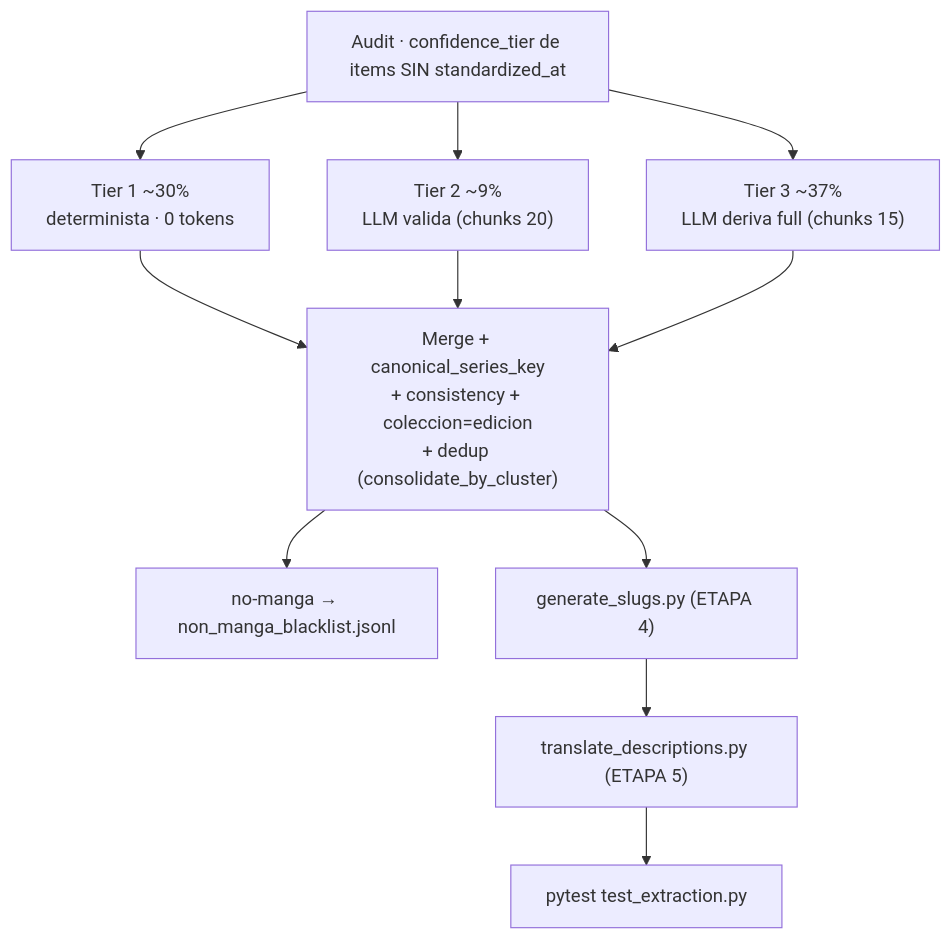
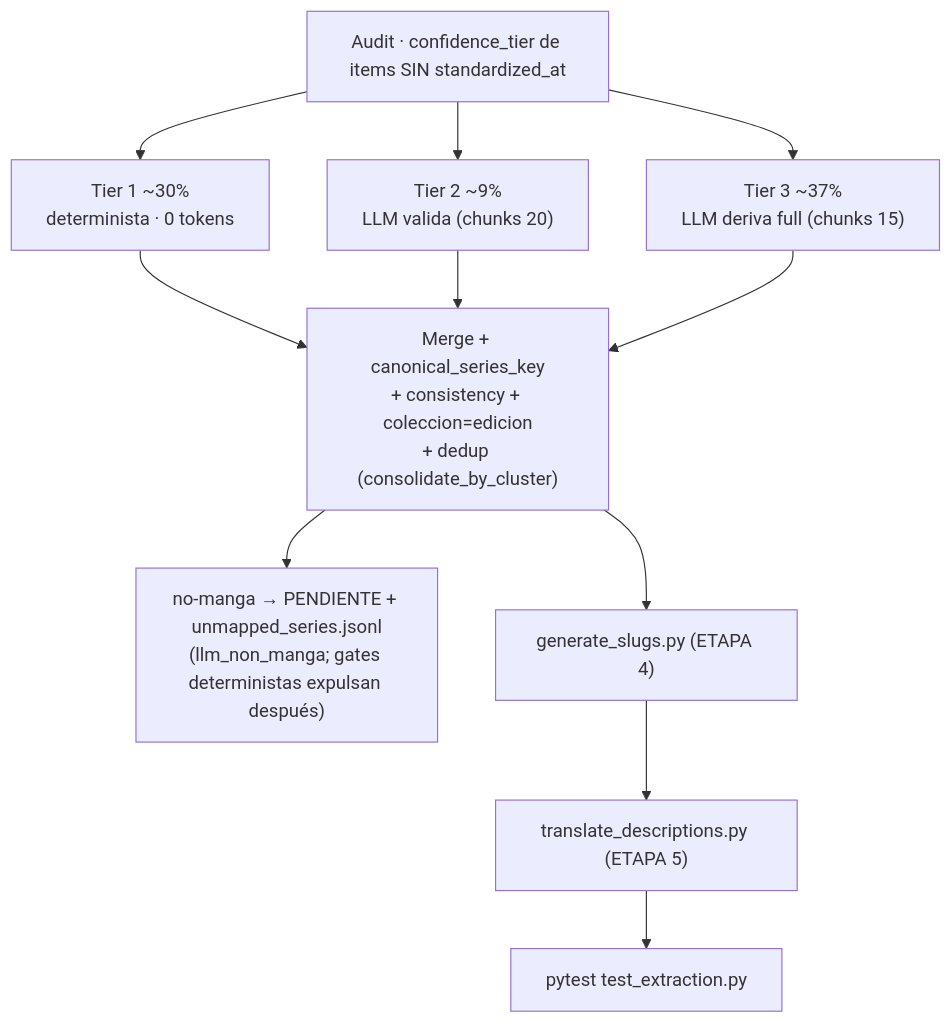
The fifth of 6 diagrams in docs/scraper/PIPELINE-WALKTHROUGH.md (MineiToshio/PandaWatch), drawn with Mermaid before and after one commit. The commit also changed other lines of this file and 69 other files, not shown here.

````diff
--- a/docs/scraper/PIPELINE-WALKTHROUGH.md
+++ b/docs/scraper/PIPELINE-WALKTHROUGH.md
@@ -206,13 +220,13 @@
 ```mermaid
 flowchart TD
     AUDIT["Audit · confidence_tier de items SIN standardized_at"] --> T1["Tier 1 ~30%<br/>determinista · 0 tokens"]
     AUDIT --> T2["Tier 2 ~9%<br/>LLM valida (chunks 20)"]
     AUDIT --> T3["Tier 3 ~37%<br/>LLM deriva full (chunks 15)"]
     T1 --> MERGE["Merge + canonical_series_key<br/>+ consistency + coleccion=edicion<br/>+ dedup (consolidate_by_cluster)"]
     T2 --> MERGE
     T3 --> MERGE
-    MERGE --> NM["no-manga → non_manga_blacklist.jsonl"]
+    MERGE --> NM["no-manga → PENDIENTE + unmapped_series.jsonl<br/>(llm_non_manga; gates deterministas expulsan después)"]
     MERGE --> SLUG["generate_slugs.py (ETAPA 4)"]
     SLUG --> TR["translate_descriptions.py (ETAPA 5)"]
     TR --> TEST["pytest test_extraction.py"]
 ```
````
